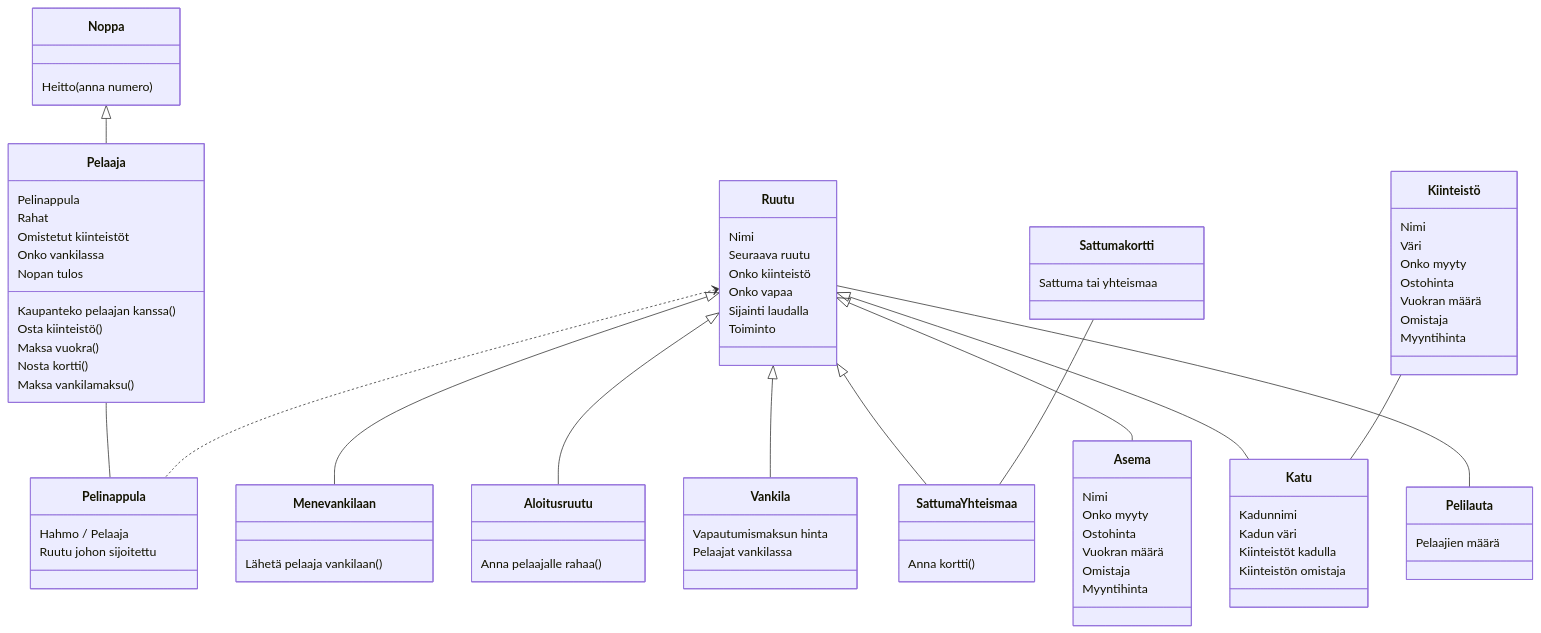
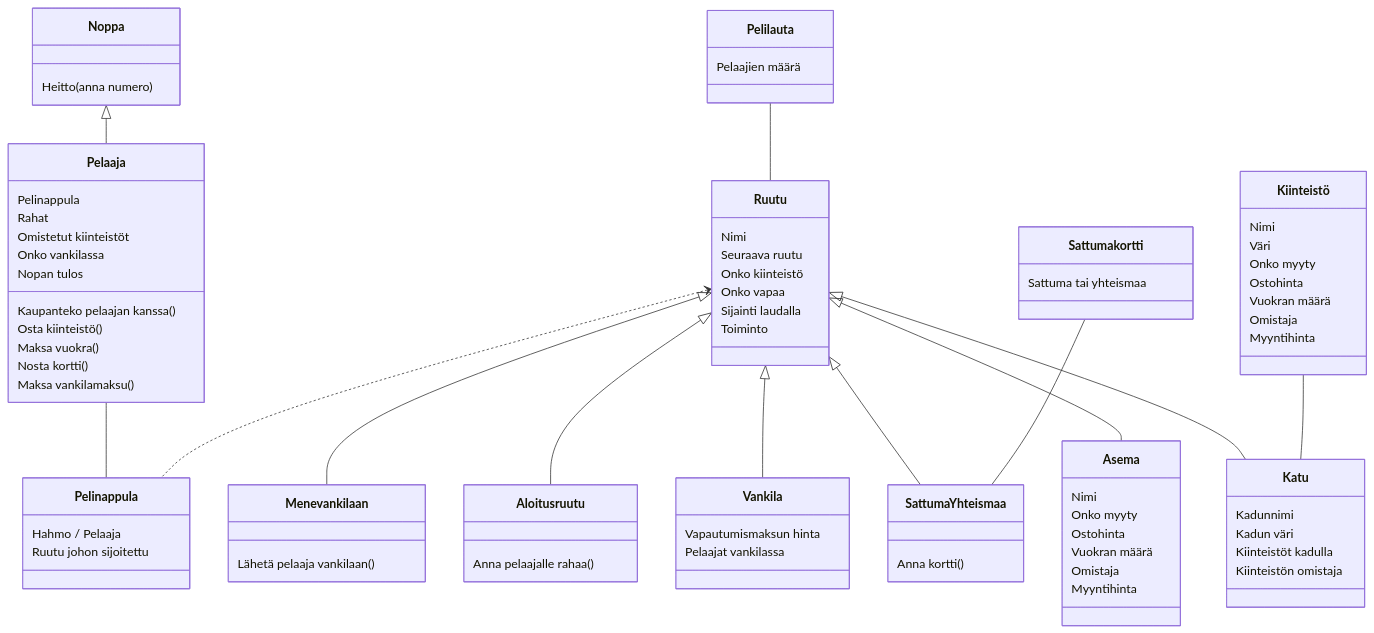
The diagram in laskarit/viikko3/luokkakaavio.md (kodtld/TravelHub), drawn with Mermaid before and after one commit.

```diff
--- a/laskarit/viikko3/luokkakaavio.md
+++ b/laskarit/viikko3/luokkakaavio.md
@@ -8,7 +8,7 @@
       Ruutu  <|-- SattumaYhteismaa
       Ruutu  <|-- Asema
       Ruutu  <|-- Katu
-      Ruutu -- Pelilauta
+      Pelilauta -- Ruutu
       Kiinteistö -- Katu
       Pelaaja -- Pelinappula
       Ruutu <.. Pelinappula
```
